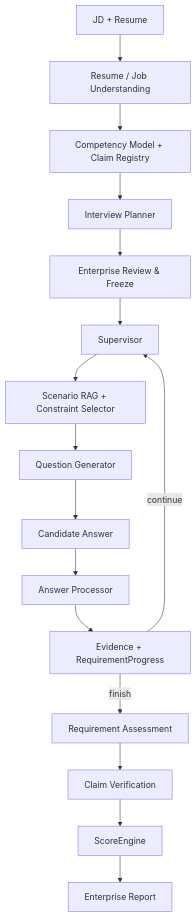
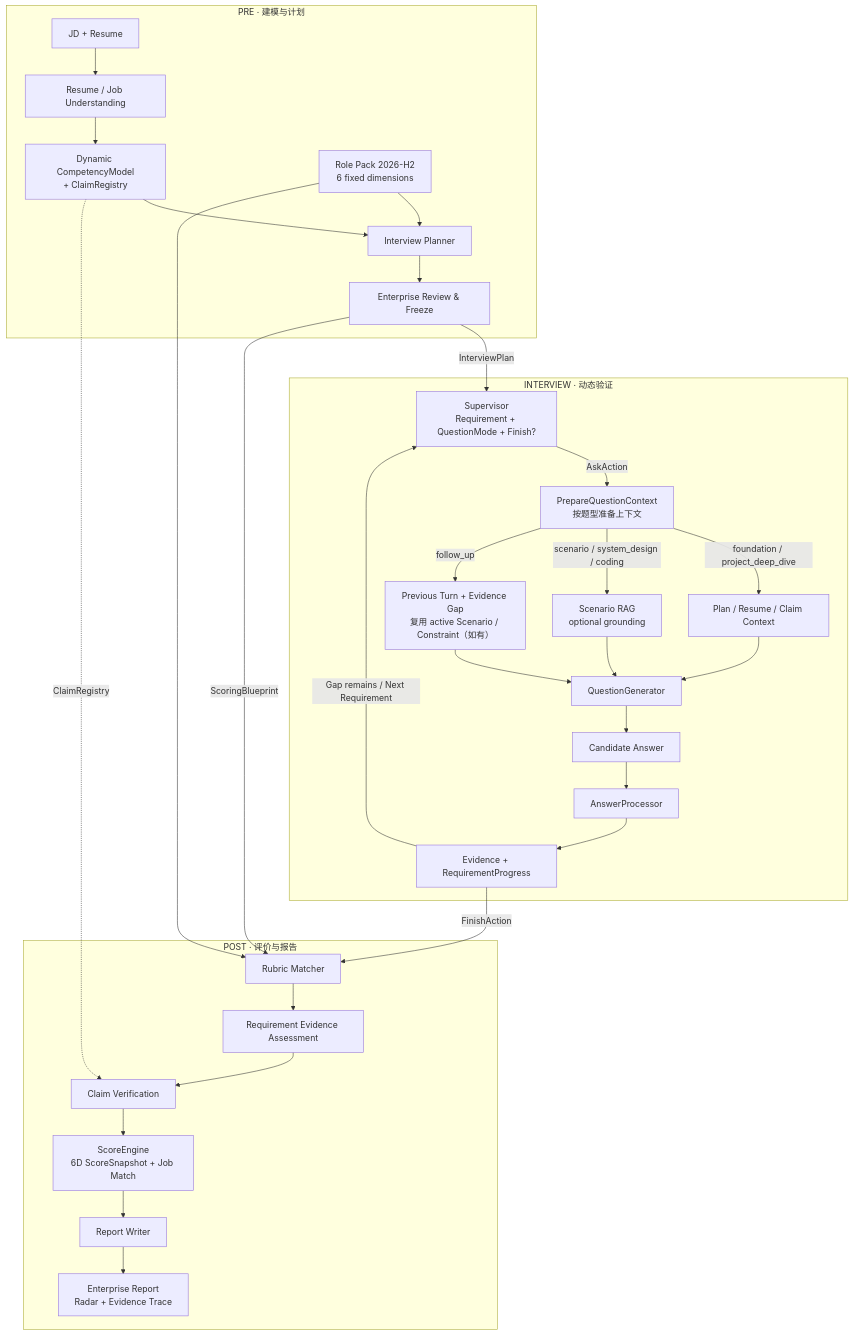
Before and after one commit to hr-huang/AI_Interview: the diagram in README.md, drawn with Mermaid. The commit also changed other lines of this file, not shown here.

Commit message:
docs: redesign readme system architecture

````diff
--- a/README.md
+++ b/README.md
@@ -119,20 +119,37 @@
 ```mermaid
 flowchart TB
-    A[JD + Resume] --> B[Resume / Job Understanding]
-    B --> C[Competency Model + Claim Registry]
-    C --> D[Interview Planner]
-    D --> E[Enterprise Review & Freeze]
+    subgraph PRE["PRE · 建模与计划"]
+        A["JD + Resume"] --> B["Resume / Job Understanding"]
+        B --> C["Dynamic CompetencyModel<br/>+ ClaimRegistry"]
+        R["Role Pack 2026-H2<br/>6 fixed dimensions"] --> D["Interview Planner"]
+        C --> D
+        D --> E["Enterprise Review & Freeze"]
+    end
 
-    E --> F[Supervisor]
-    F --> G[Scenario RAG + Constraint Selector]
-    G --> H[Question Generator]
-    H --> I[Candidate Answer]
-    I --> J[Answer Processor]
-    J --> K[Evidence + RequirementProgress]
-    K -->|continue| F
+    subgraph RUN["INTERVIEW · 动态验证"]
+        E -->|InterviewPlan| S["Supervisor<br/>Requirement + QuestionMode + Finish?"]
+        S -->|AskAction| X["PrepareQuestionContext<br/>按题型准备上下文"]
+        X -->|foundation / project_deep_dive| P["Plan / Resume / Claim Context"]
+        X -->|scenario / system_design / coding| G["Scenario RAG<br/>optional grounding"]
+        X -->|follow_up| U["Previous Turn + Evidence Gap<br/>复用 active Scenario / Constraint（如有）"]
+        P --> Q["QuestionGenerator"]
+        G --> Q
+        U --> Q
+        Q --> I["Candidate Answer"]
+        I --> J["AnswerProcessor"]
+        J --> K["Evidence + RequirementProgress"]
+        K -->|Gap remains / Next Requirement| S
+    end
 
-    K -->|finish| L[Requirement Assessment]
-    L --> M[Claim Verification]
-    M --> N[ScoreEngine]
-    N --> O[Enterprise Report]
+    subgraph POST["POST · 评价与报告"]
+        E -->|ScoringBlueprint| M["Rubric Matcher"]
+        R --> M
+        K -->|FinishAction| M
+        M --> N["Requirement Evidence Assessment"]
+        N --> V["Claim Verification"]
+        C -. ClaimRegistry .-> V
+        V --> O["ScoreEngine<br/>6D ScoreSnapshot + Job Match"]
+        O --> W["Report Writer"]
+        W --> Z["Enterprise Report<br/>Radar + Evidence Trace"]
+    end
 ```
````
